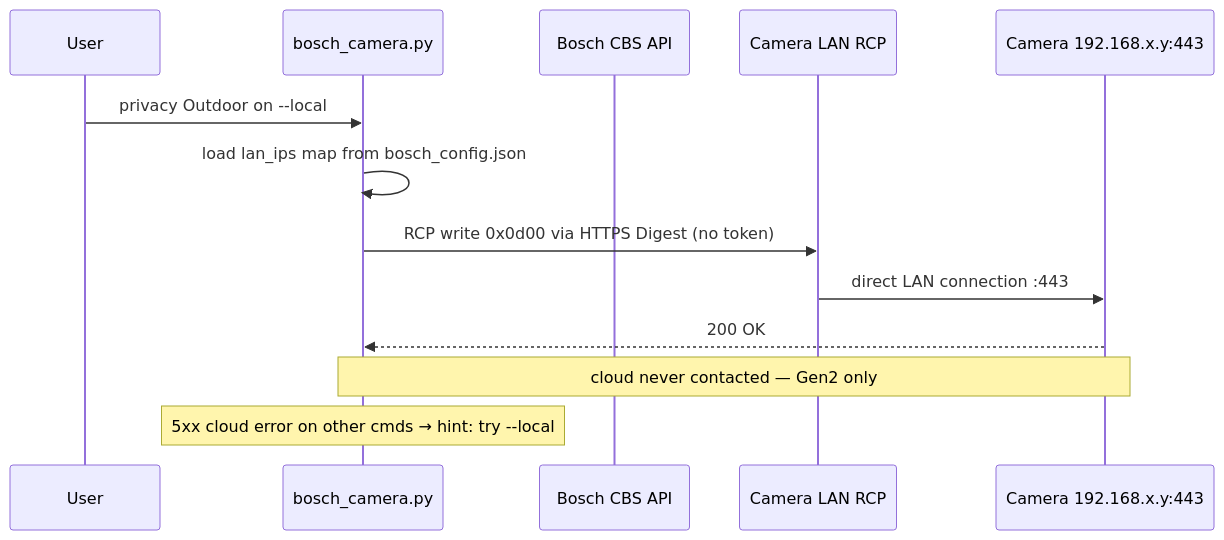
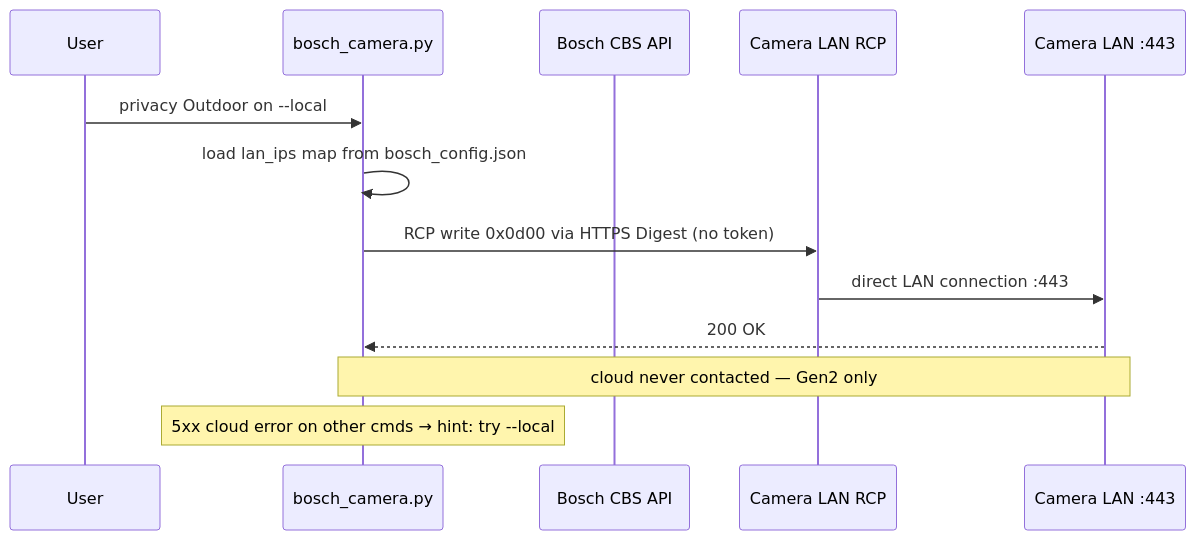
One commit to mosandlt/Bosch-Smart-Home-Camera-Tool-Python changed the third of 5 diagrams in README.md. Above: the diagram before and after it, drawn with Mermaid. The commit also changed other lines of this file and 4 other files, not shown here.

````diff
--- a/README.md
+++ b/README.md
@@ -207,16 +280,16 @@
 ```mermaid
 sequenceDiagram
     participant User
     participant CLI as bosch_camera.py
     participant Cloud as Bosch CBS API
     participant RCP as Camera LAN RCP
-    participant Cam as Camera 192.168.x.y:443
+    participant Cam as Camera LAN :443
 
     User->>CLI: privacy Outdoor on --local
     CLI->>CLI: load lan_ips map from bosch_config.json
     CLI->>RCP: RCP write 0x0d00 via HTTPS Digest (no token)
     RCP->>Cam: direct LAN connection :443
     Cam-->>CLI: 200 OK
     Note over CLI,Cam: cloud never contacted — Gen2 only
     Note over CLI: 5xx cloud error on other cmds → hint: try --local
 ```
````
